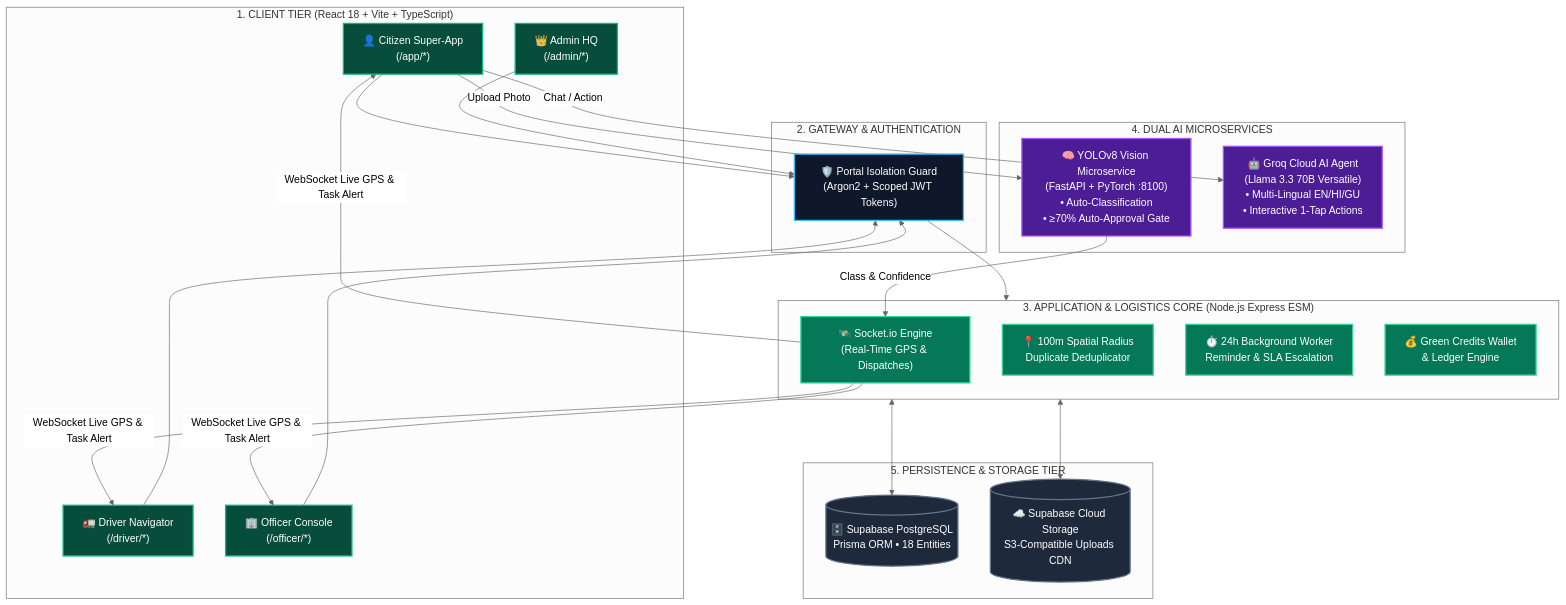
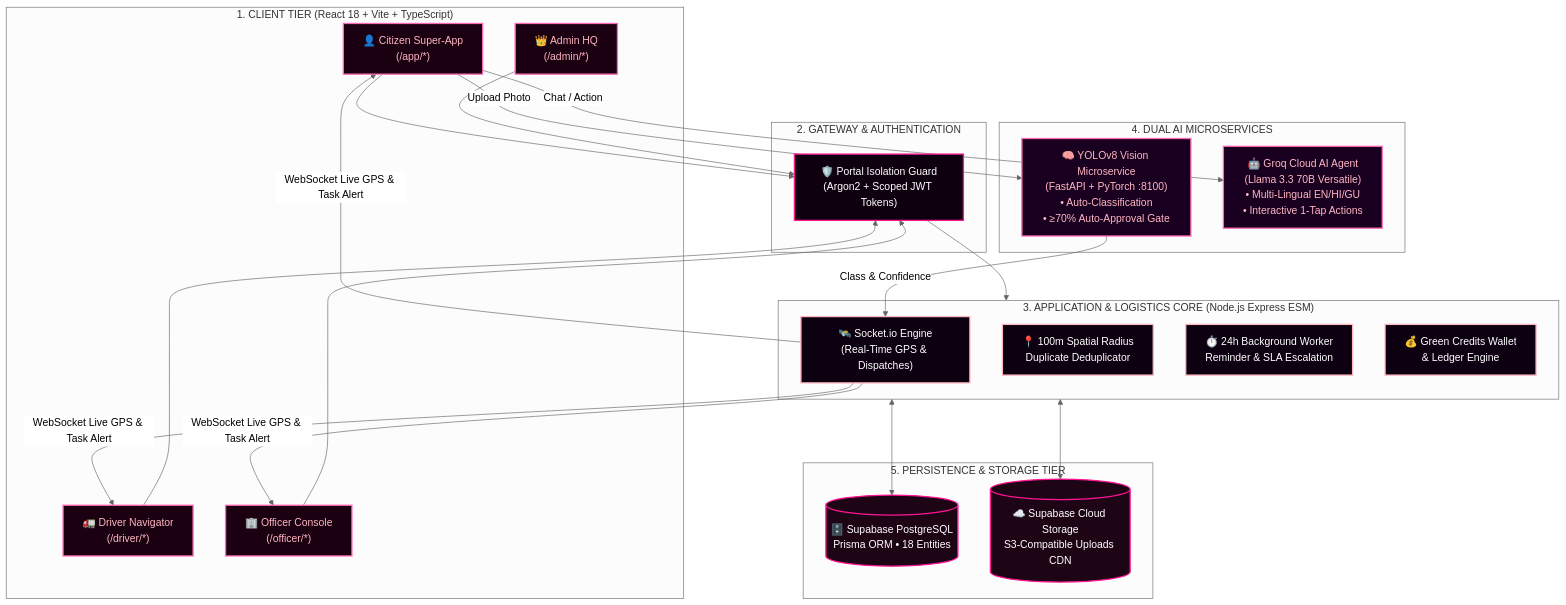
Before and after one commit to Parthh1002/SafaaiSarathi2.0: the diagram in Waste Management/README.md, drawn with Mermaid (neutral theme). The commit also changed other lines of this file and 1 other file, not shown here.

````diff
--- a/Waste Management/README.md
+++ b/Waste Management/README.md
@@ -73,47 +73,47 @@
 ```mermaid
 flowchart TD
     %% Styling Configuration
-    classDef client fill:#064E3B,stroke:#10B981,stroke-width:2px,color:#ffffff;
-    classDef gateway fill:#0F172A,stroke:#38BDF8,stroke-width:2px,color:#ffffff;
-    classDef ai fill:#4C1D95,stroke:#A855F7,stroke-width:2px,color:#ffffff;
-    classDef storage fill:#1E293B,stroke:#64748B,stroke-width:2px,color:#ffffff;
-    classDef action fill:#047857,stroke:#34D399,stroke-width:2px,color:#ffffff;
+    classDef client fill:#1a0010,stroke:#FF69B4,stroke-width:2px,color:#FFB6C1;
+    classDef gateway fill:#0F0010,stroke:#FF1493,stroke-width:2px,color:#ffffff;
+    classDef ai fill:#1a0020,stroke:#FF69B4,stroke-width:2px,color:#FFB6C1;
+    classDef storage fill:#1E0515,stroke:#FF1493,stroke-width:2px,color:#ffffff;
+    classDef action fill:#0d0010,stroke:#FFB6C1,stroke-width:2px,color:#ffffff;
 
     subgraph CLIENTS ["1. CLIENT TIER (React 18 + Vite + TypeScript)"]
         C1["👤 Citizen Super-App\n(/app/*)"]:::client
         C2["🚛 Driver Navigator\n(/driver/*)"]:::client
         C3["🏢 Officer Console\n(/officer/*)"]:::client
         C4["👑 Admin HQ\n(/admin/*)"]:::client
     end
 
     subgraph SECURITY ["2. GATEWAY & AUTHENTICATION"]
         G1["🛡️ Portal Isolation Guard\n(Argon2 + Scoped JWT Tokens)"]:::gateway
     end
 
     subgraph BACKEND ["3. APPLICATION & LOGISTICS CORE (Node.js Express ESM)"]
         B1["🛰️ Socket.io Engine\n(Real-Time GPS & Dispatches)"]:::action
         B2["📍 100m Spatial Radius\nDuplicate Deduplicator"]:::action
         B3["⏱️ 24h Background Worker\nReminder & SLA Escalation"]:::action
         B4["💰 Green Credits Wallet\n& Ledger Engine"]:::action
     end
 
     subgraph AI_SERVICES ["4. DUAL AI MICROSERVICES"]
         AI1["🧠 YOLOv8 Vision Microservice\n(FastAPI + PyTorch :8100)\n• Auto-Classification\n• ≥70% Auto-Approval Gate"]:::ai
         AI2["🤖 Groq Cloud AI Agent\n(Llama 3.3 70B Versatile)\n• Multi-Lingual EN/HI/GU\n• Interactive 1-Tap Actions"]:::ai
     end
 
     subgraph DATABASE ["5. PERSISTENCE & STORAGE TIER"]
         DB1[("🗄️ Supabase PostgreSQL\nPrisma ORM • 18 Entities")]:::storage
         DB2[("☁️ Supabase Cloud Storage\nS3-Compatible Uploads CDN")]:::storage
     end
 
     %% Flow Connections
     C1 & C2 & C3 & C4 --> G1
     G1 --> BACKEND
     C1 -->|Upload Photo| AI1
     C1 -->|Chat / Action| AI2
     AI1 -->|Class & Confidence| B1
     BACKEND <--> DB1
     BACKEND <--> DB2
     B1 -->|WebSocket Live GPS & Task Alert| C2 & C1 & C3
 ```
````
